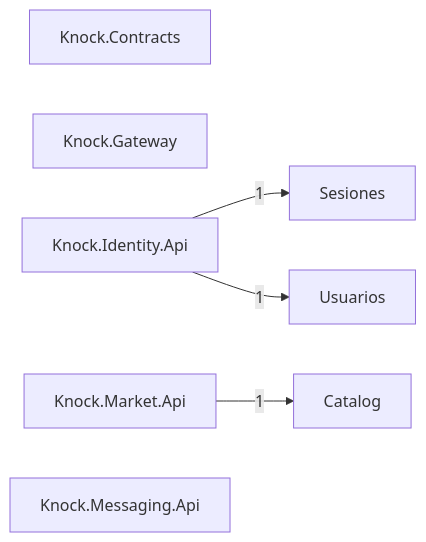
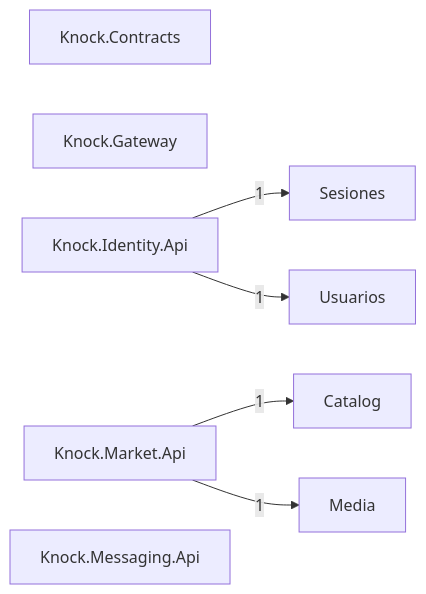
Before and after one commit to Tensei-Devs/knock-backend: the diagram in docs/architecture/modules.mmd, drawn with Mermaid. The commit also changed 19 other files, not shown here.

Commit message:
feat(media): add moderation contract and media module foundation (KNOCK-208)

```diff
--- a/docs/architecture/modules.mmd
+++ b/docs/architecture/modules.mmd
@@ -1,12 +1,14 @@
 graph LR
   Catalog["Catalog"]
   Knock_Contracts["Knock.Contracts"]
   Knock_Gateway["Knock.Gateway"]
   Knock_Identity_Api["Knock.Identity.Api"]
   Knock_Market_Api["Knock.Market.Api"]
   Knock_Messaging_Api["Knock.Messaging.Api"]
+  Media["Media"]
   Sesiones["Sesiones"]
   Usuarios["Usuarios"]
   Knock_Identity_Api -->|1| Sesiones
   Knock_Identity_Api -->|1| Usuarios
   Knock_Market_Api -->|1| Catalog
+  Knock_Market_Api -->|1| Media
```
